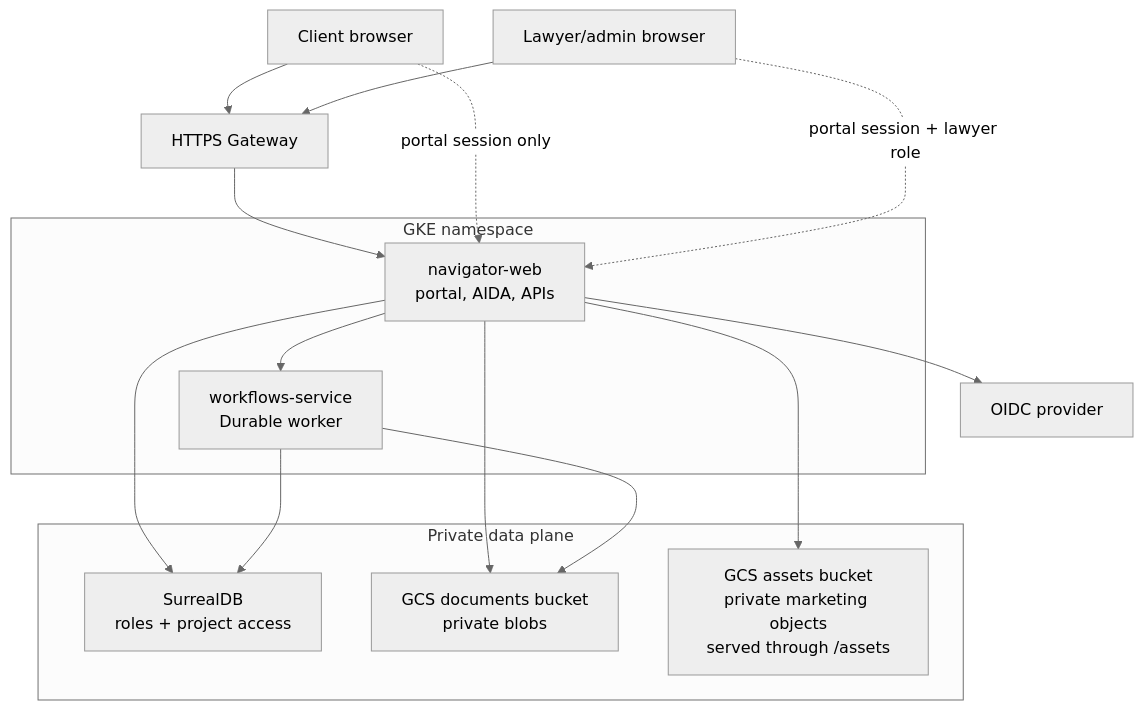
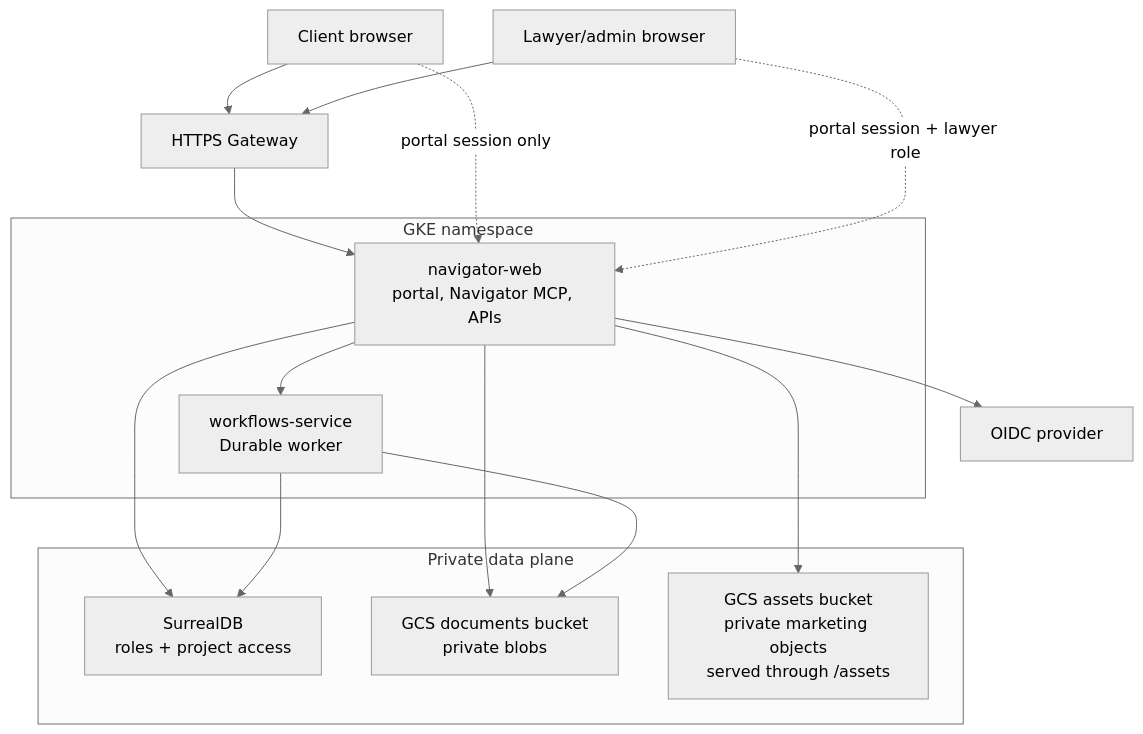
One commit to neon-law-source-code/navigator changed the second of 2 diagrams in server/content/workshops/navigator/DEPLOY.md. Above: the diagram before and after it, drawn with Mermaid (neutral theme). The commit also changed other lines of this file and 94 other files, not shown here.

````diff
--- a/server/content/workshops/navigator/DEPLOY.md
+++ b/server/content/workshops/navigator/DEPLOY.md
@@ -1670,32 +1670,32 @@
 ```mermaid
 flowchart TB
   client["Client browser"]
   lawyer["Lawyer/admin browser"]
   oidc["OIDC provider"]
   edge["HTTPS Gateway"]
 
   subgraph gke["GKE namespace"]
-    web["navigator-web\nportal, AIDA, APIs"]
+    web["navigator-web\nportal, Navigator MCP, APIs"]
     worker["workflows-service\nDurable worker"]
   end
 
   subgraph data["Private data plane"]
     pg["SurrealDB\nroles + project access"]
     docs["GCS documents bucket\nprivate blobs"]
     assets["GCS assets bucket\nprivate marketing objects\nserved through /assets"]
   end
 
   client --> edge
   lawyer --> edge
   edge --> web
   web --> oidc
   web --> pg
   web --> docs
   web --> assets
   web --> worker
   worker --> pg
   worker --> docs
 
   client -. "portal session only" .-> web
   lawyer -. "portal session + lawyer role" .-> web
 ```
````
